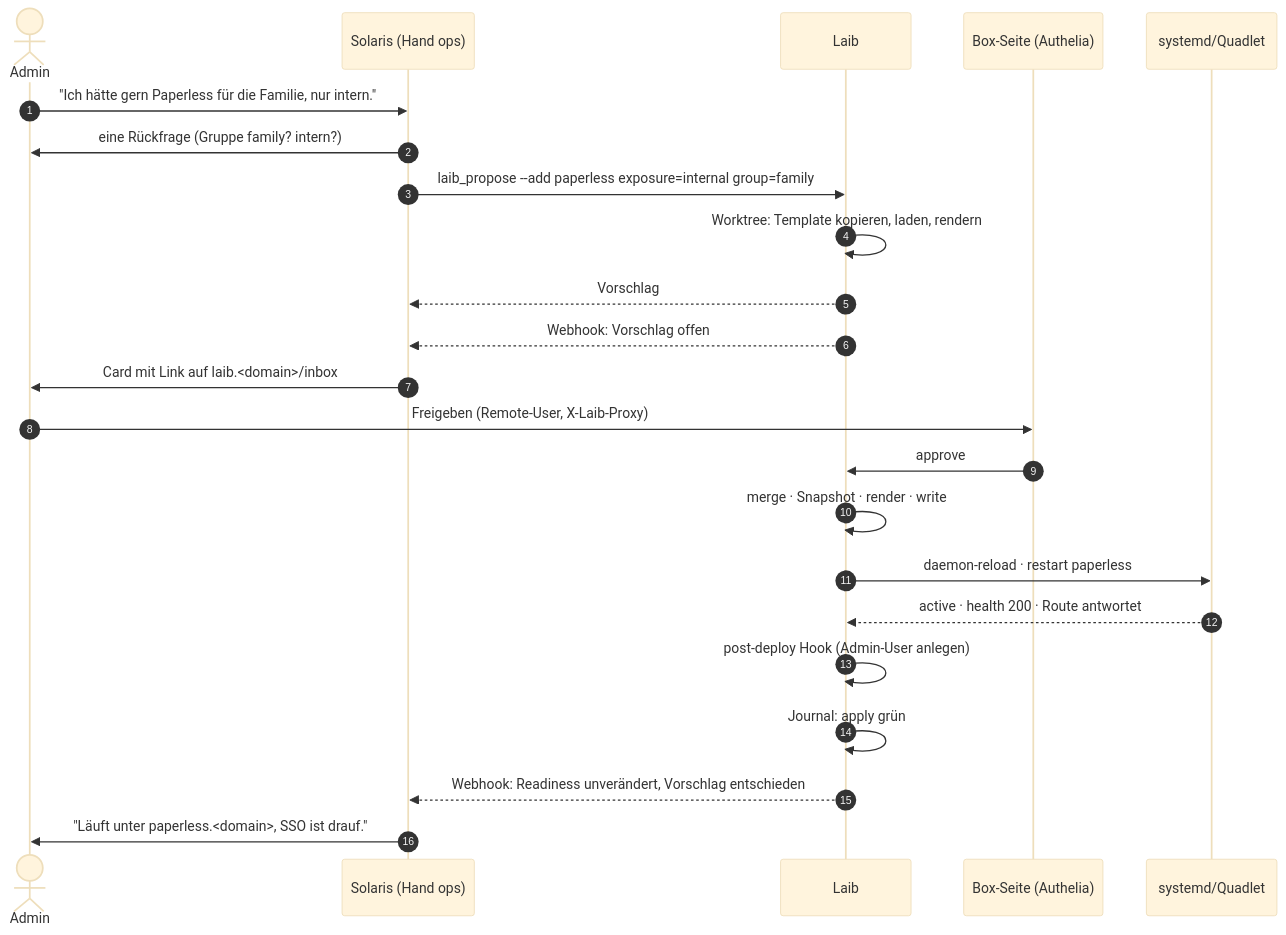
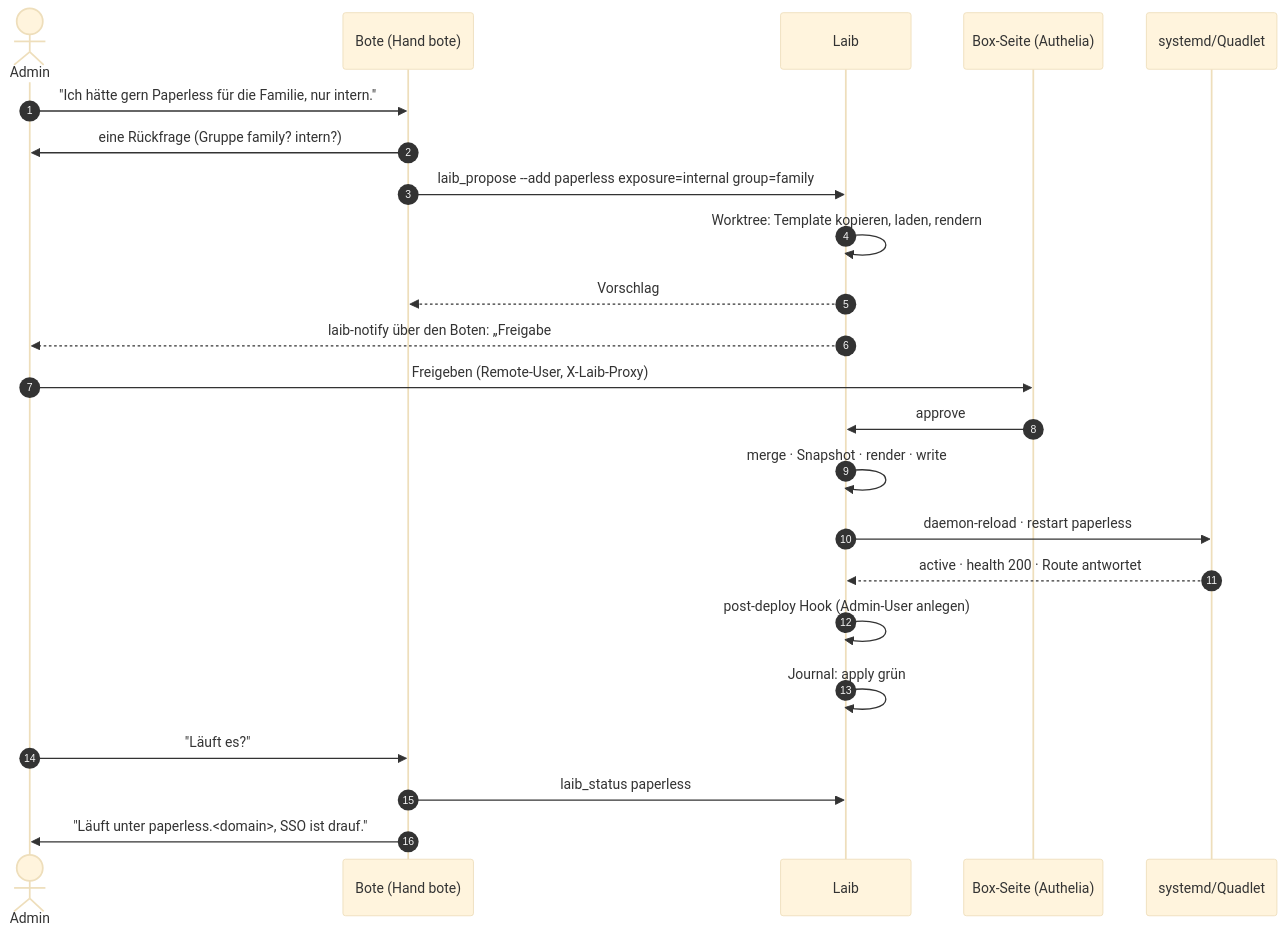
Before and after one commit to mdopp/laib: the fourth of 4 diagrams in docs/C4.md, drawn with Mermaid (base theme). The commit also changed 16 other files, not shown here.

````diff
--- a/docs/C4.md
+++ b/docs/C4.md
@@ -143,26 +143,26 @@
 ```mermaid
 sequenceDiagram
   autonumber
   actor A as Admin
-  participant S as Solaris (Hand ops)
+  participant S as Bote (Hand bote)
   participant L as Laib
   participant B as Box-Seite (Authelia)
   participant Q as systemd/Quadlet
 
   A->>S: "Ich hätte gern Paperless für die Familie, nur intern."
   S->>A: eine Rückfrage (Gruppe family? intern?)
   S->>L: laib_propose --add paperless exposure=internal group=family
   L->>L: Worktree: Template kopieren, laden, rendern
   L-->>S: Vorschlag #17 (Diff)
-  L-->>S: Webhook: Vorschlag offen
-  S->>A: Card mit Link auf laib.<domain>/inbox
+  L-->>A: laib-notify über den Boten: „Freigabe #17: … · Link auf laib.<domain>/inbox“
   A->>B: Freigeben (Remote-User, X-Laib-Proxy)
   B->>L: approve #17 als human:admin
   L->>L: merge · Snapshot · render · write
   L->>Q: daemon-reload · restart paperless
   Q-->>L: active · health 200 · Route antwortet
   L->>L: post-deploy Hook (Admin-User anlegen)
   L->>L: Journal: apply grün #c81f2a
-  L-->>S: Webhook: Readiness unverändert, Vorschlag entschieden
+  A->>S: "Läuft es?"
+  S->>L: laib_status paperless
   S->>A: "Läuft unter paperless.<domain>, SSO ist drauf."
 ```
````
